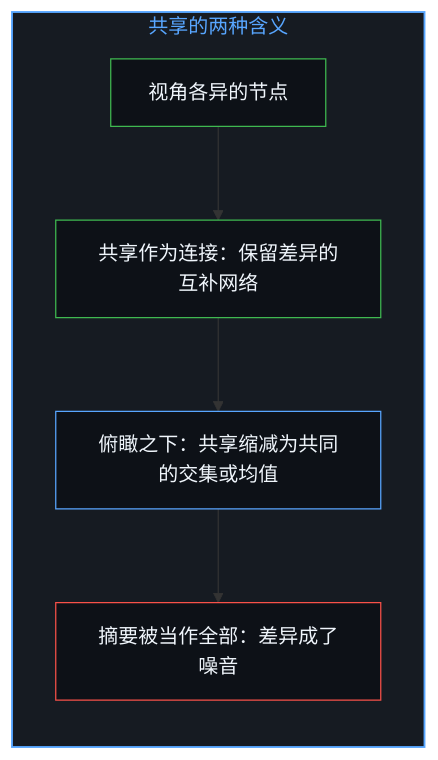
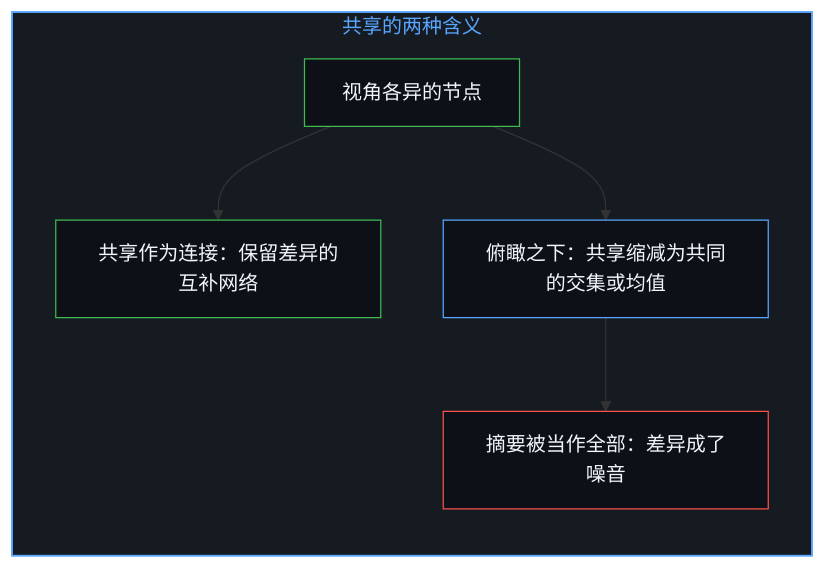
One commit to powerpig99/not-a-toe changed the fifth of 12 diagrams in content/posts/the-illusion-of-distance-and-the-dual-ruler.md. Above: the diagram before and after it, drawn with Mermaid. The commit also changed other lines of this file and 1 other file, not shown here.

````diff
--- a/content/posts/the-illusion-of-distance-and-the-dual-ruler.md
+++ b/content/posts/the-illusion-of-distance-and-the-dual-ruler.md
@@ -135,18 +135,18 @@
 ```mermaid
 flowchart TD
     subgraph S_Shared["共享的两种含义"]
         direction TB
         Nodes["视角各异的节点"]
         Net["共享作为连接：保留差异的互补网络"]
         Mean["俯瞰之下：共享缩减为共同的交集或均值"]
         Noise["摘要被当作全部：差异成了噪音"]
         Nodes --> Net
-        Net --> Mean
+        Nodes --> Mean
         Mean --> Noise
     end
     style S_Shared fill:#161b22,stroke:#58a6ff,stroke-width:1.5px,color:#58a6ff
     style Nodes fill:#0d1117,stroke:#3fb950,stroke-width:1px,color:#f0f6fc
     style Net fill:#0d1117,stroke:#3fb950,stroke-width:1px,color:#f0f6fc
     style Mean fill:#0d1117,stroke:#58a6ff,stroke-width:1px,color:#f0f6fc
     style Noise fill:#0d1117,stroke:#f85149,stroke-width:1px,color:#f0f6fc
 ```
````
